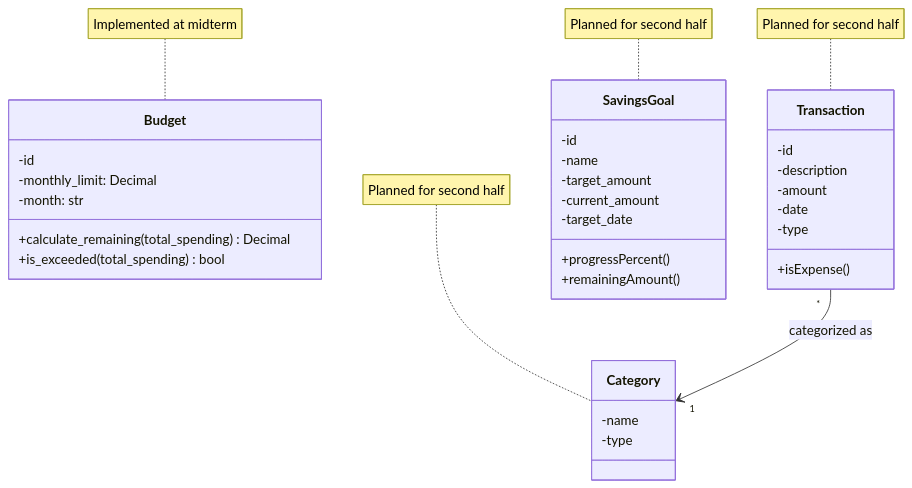
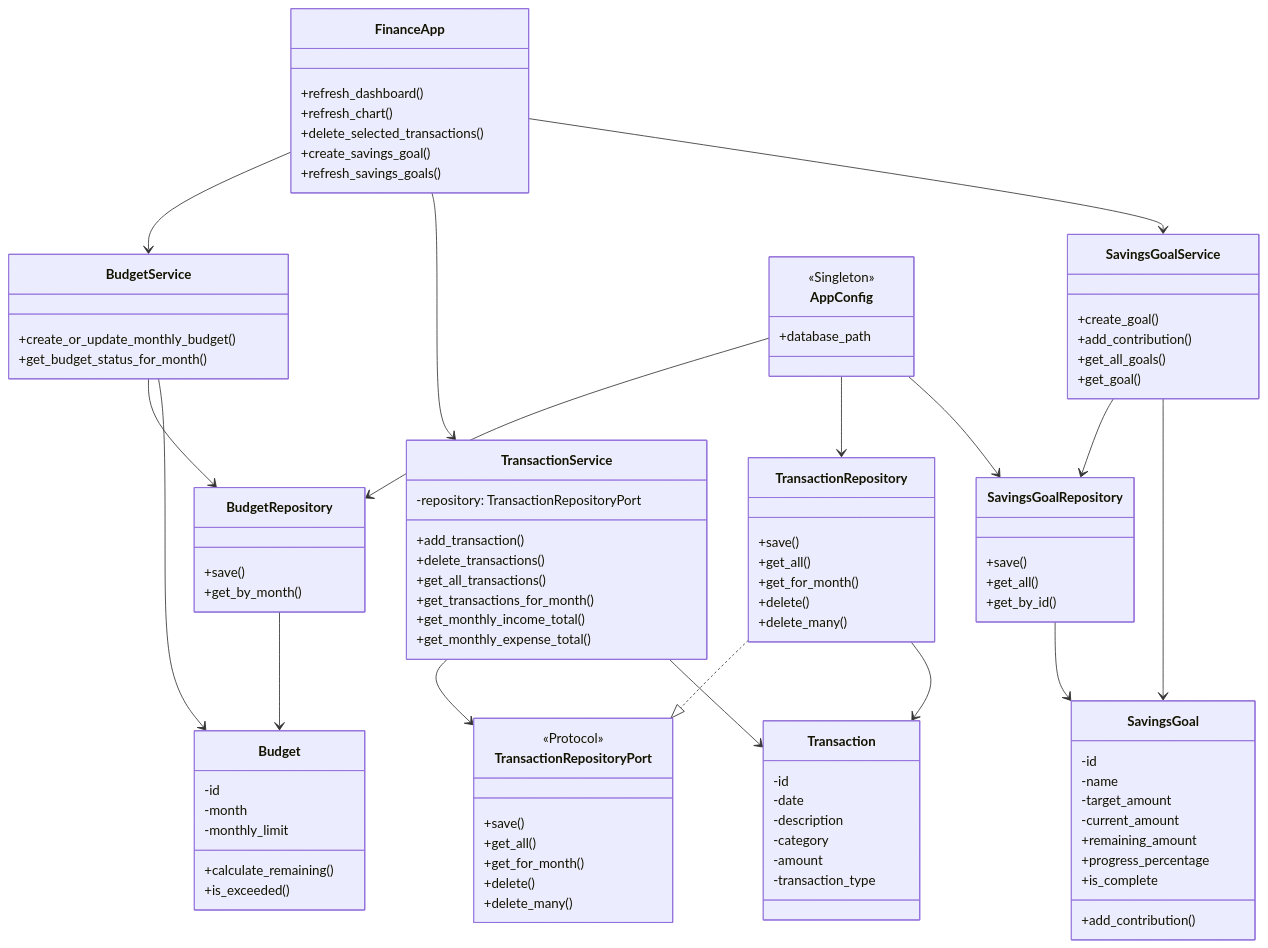
The third of 4 diagrams in README.md (Jesse-Trueba/cen5064-project-trueba), drawn with Mermaid before and after one commit. The commit also changed other lines of this file, not shown here.

````diff
--- a/README.md
+++ b/README.md
@@ -90,25 +174,51 @@
 ```mermaid
 classDiagram
+
+    class FinanceApp {
+        +refresh_dashboard()
+        +refresh_chart()
+        +delete_selected_transactions()
+        +create_savings_goal()
+        +refresh_savings_goals()
+    }
+
+    class BudgetService {
+        +create_or_update_monthly_budget()
+        +get_budget_status_for_month()
+    }
+
+    class TransactionService {
+        -repository: TransactionRepositoryPort
+        +add_transaction()
+        +delete_transactions()
+        +get_all_transactions()
+        +get_transactions_for_month()
+        +get_monthly_income_total()
+        +get_monthly_expense_total()
+    }
+
+    class SavingsGoalService {
+        +create_goal()
+        +add_contribution()
+        +get_all_goals()
+        +get_goal()
+    }
+
     class Budget {
         -id
-        -monthly_limit: Decimal
-        -month: str
-        +calculate_remaining(total_spending) Decimal
-        +is_exceeded(total_spending) bool
+        -month
+        -monthly_limit
+        +calculate_remaining()
+        +is_exceeded()
     }
 
     class Transaction {
         -id
+        -date
         -description
+        -category
         -amount
-        -date
-        -type
-        +isExpense()
-    }
-
-    class Category {
-        -name
-        -type
+        -transaction_type
     }
 
     class SavingsGoal {
@@ -116,15 +226,64 @@
         -name
         -target_amount
         -current_amount
-        -target_date
-        +progressPercent()
-        +remainingAmount()
+        +add_contribution()
+        +remaining_amount
+        +progress_percentage
+        +is_complete
     }
 
-    Transaction "*" --> "1" Category : categorized as
+    class TransactionRepositoryPort {
+        <<Protocol>>
+        +save()
+        +get_all()
+        +get_for_month()
+        +delete()
+        +delete_many()
+    }
 
-    note for Budget "Implemented at midterm"
-    note for Transaction "Planned for second half"
-    note for Category "Planned for second half"
-    note for SavingsGoal "Planned for second half"
+    class BudgetRepository {
+        +save()
+        +get_by_month()
+    }
+
+    class TransactionRepository {
+        +save()
+        +get_all()
+        +get_for_month()
+        +delete()
+        +delete_many()
+    }
+
+    class SavingsGoalRepository {
+        +save()
+        +get_all()
+        +get_by_id()
+    }
+
+    class AppConfig {
+        <<Singleton>>
+        +database_path
+    }
+
+    FinanceApp --> BudgetService
+    FinanceApp --> TransactionService
+    FinanceApp --> SavingsGoalService
+
+    BudgetService --> BudgetRepository
+    BudgetService --> Budget
+
+    TransactionService --> TransactionRepositoryPort
+    TransactionService --> Transaction
+    TransactionRepository ..|> TransactionRepositoryPort
+
+    SavingsGoalService --> SavingsGoalRepository
+    SavingsGoalService --> SavingsGoal
+
+    BudgetRepository --> Budget
+    TransactionRepository --> Transaction
+    SavingsGoalRepository --> SavingsGoal
+
+    AppConfig --> BudgetRepository
+    AppConfig --> TransactionRepository
+    AppConfig --> SavingsGoalRepository
 ```
````
